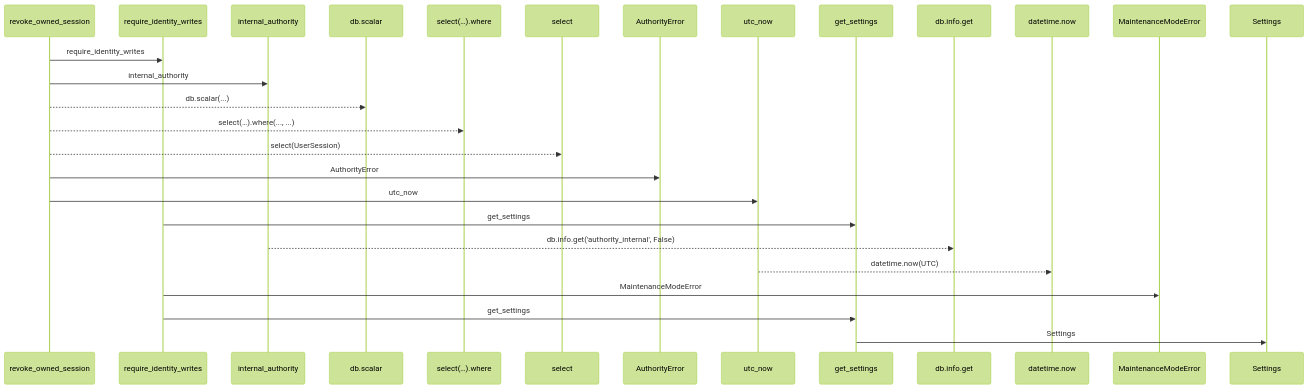
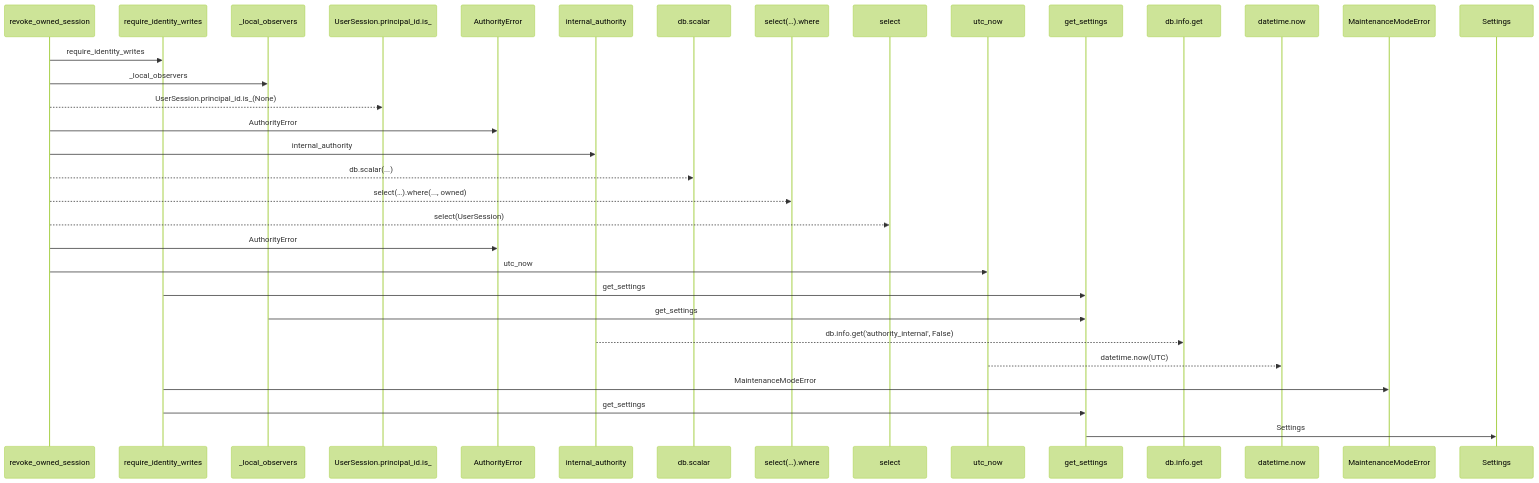
Before and after one commit to Denissvgn/WorkChord: the first of 2 diagrams in docs/llm_wiki/flows/http-revoke_owned_session.md, drawn with Mermaid (forest theme). The commit also changed other lines of this file and 1048 other files, not shown here.

````diff
--- a/docs/llm_wiki/flows/http-revoke_owned_session.md
+++ b/docs/llm_wiki/flows/http-revoke_owned_session.md
@@ -21,29 +21,35 @@
 ```mermaid
 sequenceDiagram
     participant p0 as revoke_owned_session
     participant p1 as require_identity_writes
-    participant p2 as internal_authority
-    participant p3 as db.scalar
-    participant p4 as select(…).where
-    participant p5 as select
-    participant p6 as AuthorityError
-    participant p7 as utc_now
-    participant p8 as get_settings
-    participant p9 as db.info.get
-    participant p10 as datetime.now
-    participant p11 as MaintenanceModeError
-    participant p12 as Settings
+    participant p2 as _local_observers
+    participant p3 as UserSession.principal_id.is_
+    participant p4 as AuthorityError
+    participant p5 as internal_authority
+    participant p6 as db.scalar
+    participant p7 as select(…).where
+    participant p8 as select
+    participant p9 as utc_now
+    participant p10 as get_settings
+    participant p11 as db.info.get
+    participant p12 as datetime.now
+    participant p13 as MaintenanceModeError
+    participant p14 as Settings
     p0->>p1: require_identity_writes
-    p0->>p2: internal_authority
-    p0-->>p3: db.scalar(...)
-    p0-->>p4: select(…).where(..., ...)
-    p0-->>p5: select(UserSession)
-    p0->>p6: AuthorityError
-    p0->>p7: utc_now
-    p1->>p8: get_settings
-    p2-->>p9: db.info.get('authority_internal', False)
-    p7-->>p10: datetime.now(UTC)
-    p1->>p11: MaintenanceModeError
-    p1->>p8: get_settings
-    p8->>p12: Settings
+    p0->>p2: _local_observers
+    p0-->>p3: UserSession.principal_id.is_(None)
+    p0->>p4: AuthorityError
+    p0->>p5: internal_authority
+    p0-->>p6: db.scalar(...)
+    p0-->>p7: select(…).where(..., owned)
+    p0-->>p8: select(UserSession)
+    p0->>p4: AuthorityError
+    p0->>p9: utc_now
+    p1->>p10: get_settings
+    p2->>p10: get_settings
+    p5-->>p11: db.info.get('authority_internal', False)
+    p9-->>p12: datetime.now(UTC)
+    p1->>p13: MaintenanceModeError
+    p1->>p10: get_settings
+    p10->>p14: Settings
 ```
````
